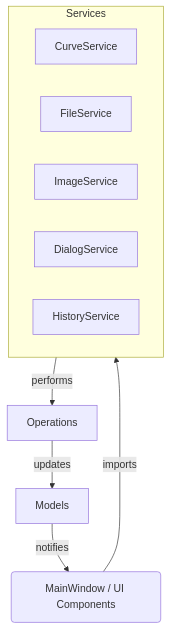
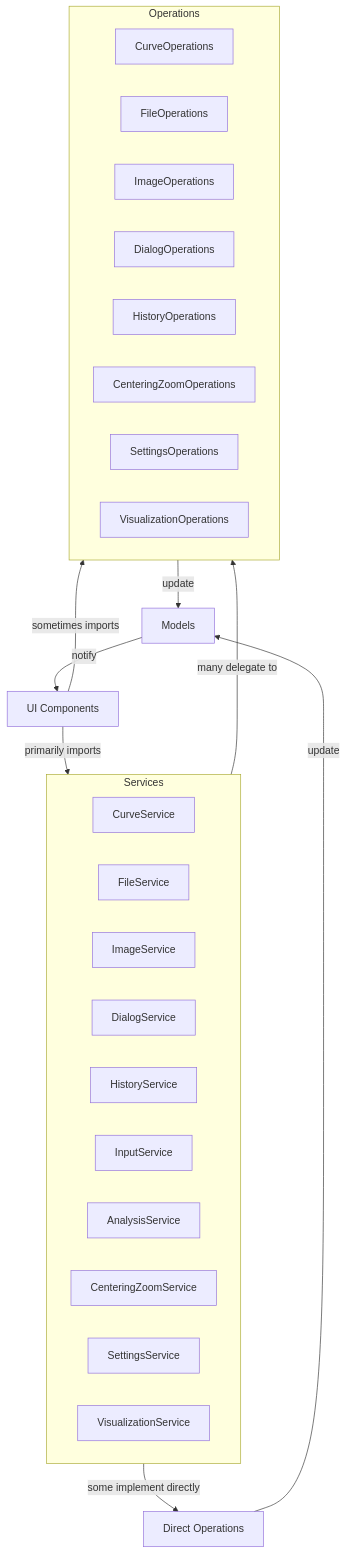
Before and after one commit to semmlerino/CurveEditor: the diagram in docs/refactoring_notes.md, drawn with Mermaid. The commit also changed other lines of this file and 7 other files, not shown here.

````diff
--- a/docs/refactoring_notes.md
+++ b/docs/refactoring_notes.md
@@ -44,15 +69,34 @@
 ```mermaid
 flowchart TD
-    UI(MainWindow / UI Components) --> |imports| Services
-    Services --> |performs| Operations
-    Operations --> |updates| Models
-    Models --> |notifies| UI
-    
+    UI[UI Components] --> |primarily imports| Services
+    UI --> |sometimes imports| Operations[Legacy Operations]
+    Services --> |many delegate to| Operations
+    Services --> |some implement directly| Actions[Direct Operations]
+    Operations --> |update| Models
+    Actions --> |update| Models
+    Models --> |notify| UI
+
     subgraph Services
         CS[CurveService]
         FS[FileService]
         IS[ImageService]
         DS[DialogService]
         HS[HistoryService]
+        INS[InputService]
+        AS[AnalysisService]
+        CZS[CenteringZoomService]
+        SS[SettingsService]
+        VS[VisualizationService]
+    end
+
+    subgraph Operations
+        CO[CurveOperations]
+        FO[FileOperations]
+        ImO[ImageOperations]
+        DO[DialogOperations]
+        HO[HistoryOperations]
+        CZO[CenteringZoomOperations]
+        SO[SettingsOperations]
+        VO[VisualizationOperations]
     end
 ```
````
